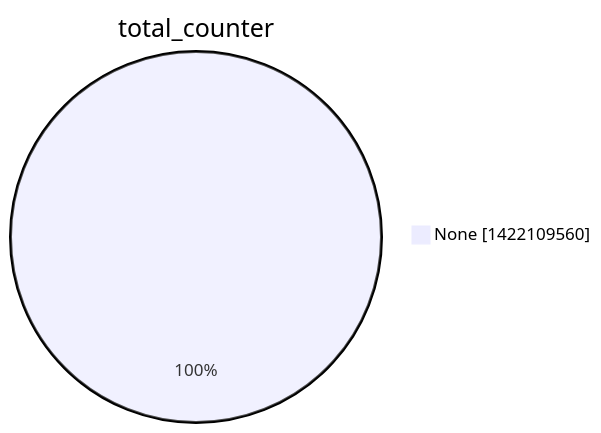
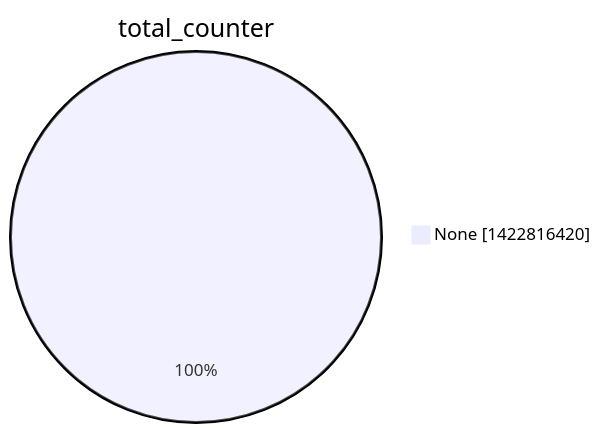
The second of 15 diagrams in argon2022/README.md (christiankrug/ctmonitor_visualization), drawn with Mermaid before and after one commit. The commit also changed other lines of this file, not shown here.

````diff
--- a/argon2022/README.md
+++ b/argon2022/README.md
@@ -9,5 +9,5 @@
 ```mermaid
 pie showData
 title total_counter
-"None" :1422109560
+"None" :1422816420
 ```
````
